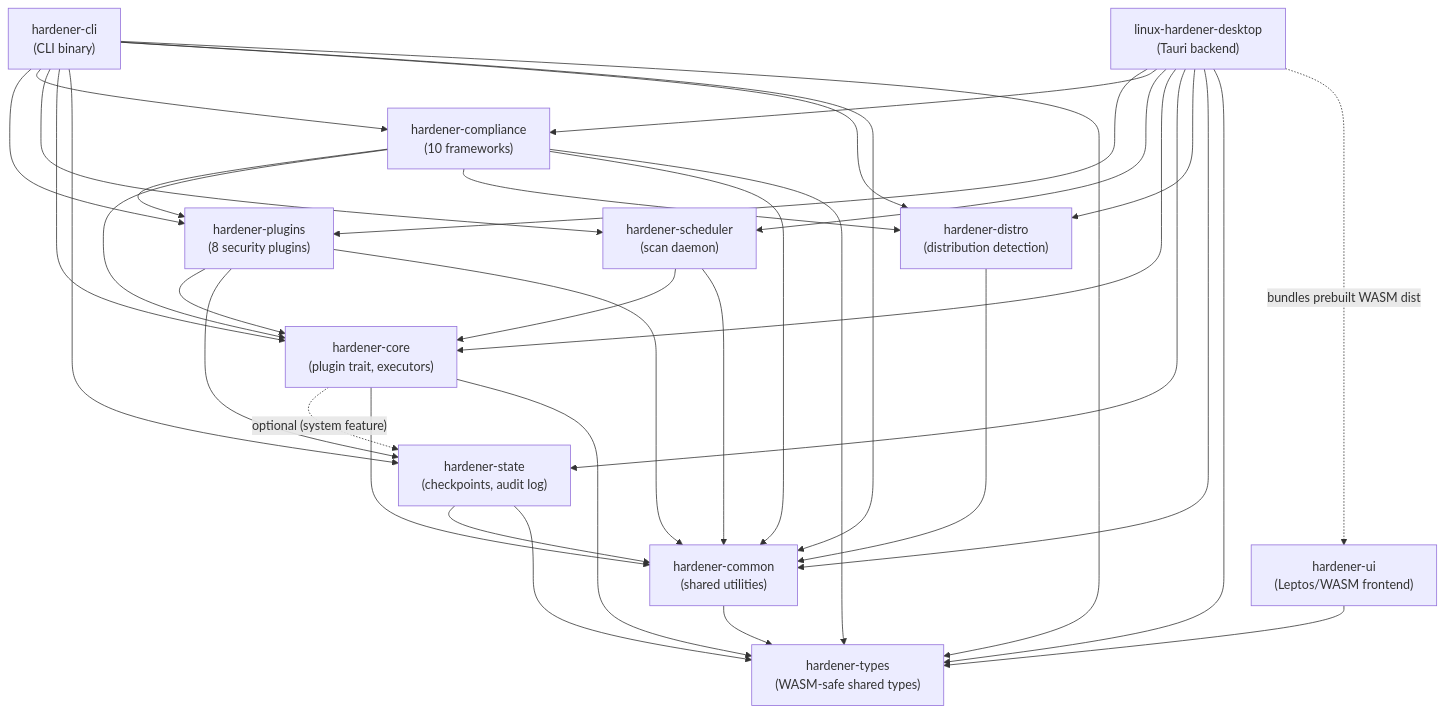
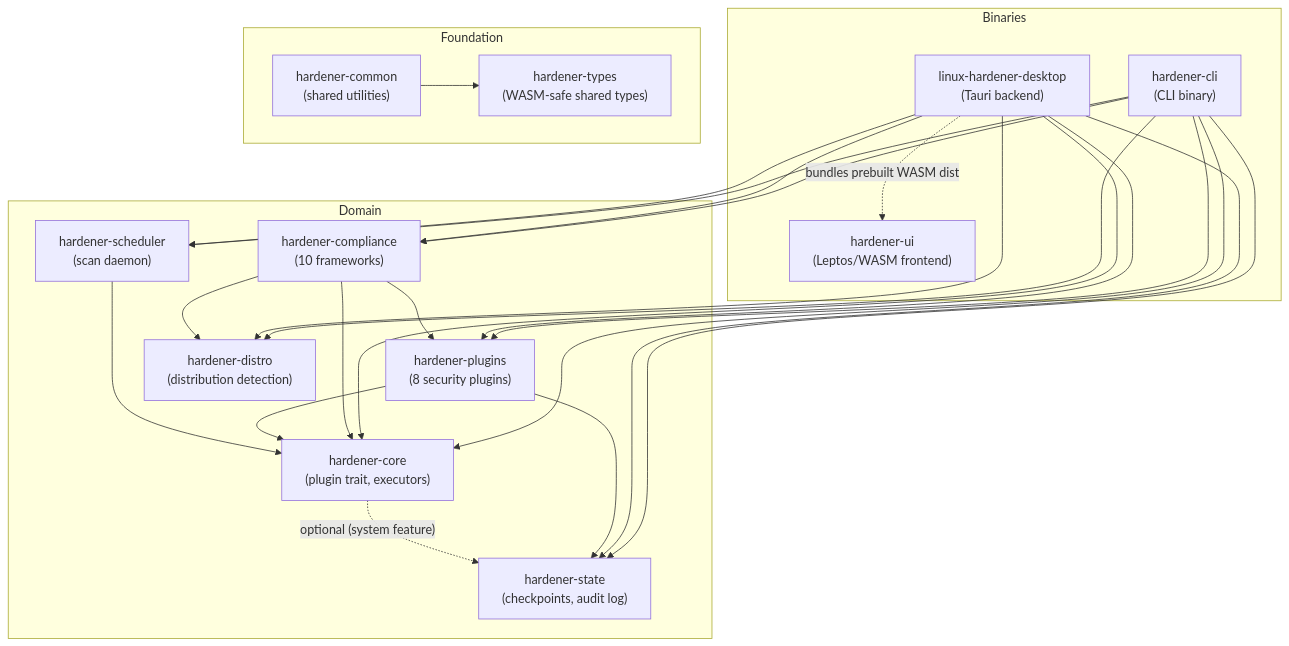
Before and after one commit to tidynest/linux-hardener: the diagram in README.md, drawn with Mermaid. The commit also changed other lines of this file and 137 other files, not shown here.

````diff
--- a/README.md
+++ b/README.md
@@ -159,27 +161,29 @@
 ```mermaid
 graph TD
-    CLI["hardener-cli<br>(CLI binary)"]
-    DESKTOP["linux-hardener-desktop<br>(Tauri backend)"]
-    UI["hardener-ui<br>(Leptos/WASM frontend)"]
-    PLUGINS["hardener-plugins<br>(8 security plugins)"]
-    COMPLIANCE["hardener-compliance<br>(10 frameworks)"]
-    SCHEDULER["hardener-scheduler<br>(scan daemon)"]
-    CORE["hardener-core<br>(plugin trait, executors)"]
-    STATE["hardener-state<br>(checkpoints, audit log)"]
-    DISTRO["hardener-distro<br>(distribution detection)"]
-    COMMON["hardener-common<br>(shared utilities)"]
-    TYPES["hardener-types<br>(WASM-safe shared types)"]
+    subgraph binaries [Binaries]
+        CLI["hardener-cli<br>(CLI binary)"]
+        DESKTOP["linux-hardener-desktop<br>(Tauri backend)"]
+        UI["hardener-ui<br>(Leptos/WASM frontend)"]
+    end
+    subgraph domain [Domain]
+        PLUGINS["hardener-plugins<br>(8 security plugins)"]
+        COMPLIANCE["hardener-compliance<br>(10 frameworks)"]
+        SCHEDULER["hardener-scheduler<br>(scan daemon)"]
+        CORE["hardener-core<br>(plugin trait, executors)"]
+        STATE["hardener-state<br>(checkpoints, audit log)"]
+        DISTRO["hardener-distro<br>(distribution detection)"]
+    end
+    subgraph foundation [Foundation]
+        COMMON["hardener-common<br>(shared utilities)"]
+        TYPES["hardener-types<br>(WASM-safe shared types)"]
+    end
 
-    CLI --> PLUGINS & COMPLIANCE & SCHEDULER & CORE & STATE & DISTRO & COMMON & TYPES
-    DESKTOP --> PLUGINS & COMPLIANCE & SCHEDULER & CORE & STATE & DISTRO & COMMON & TYPES
+    CLI --> PLUGINS & COMPLIANCE & SCHEDULER & CORE & STATE & DISTRO
+    DESKTOP --> PLUGINS & COMPLIANCE & SCHEDULER & CORE & STATE & DISTRO
+    COMPLIANCE --> PLUGINS & CORE & DISTRO
+    PLUGINS --> CORE & STATE
+    SCHEDULER --> CORE
+    CORE -. "optional (system feature)" .-> STATE
     DESKTOP -. "bundles prebuilt WASM dist" .-> UI
-    UI --> TYPES
-    COMPLIANCE --> PLUGINS & CORE & DISTRO & COMMON & TYPES
-    PLUGINS --> CORE & STATE & COMMON
-    SCHEDULER --> CORE & COMMON
-    CORE -. "optional (system feature)" .-> STATE
-    CORE --> COMMON & TYPES
-    STATE --> COMMON & TYPES
-    DISTRO --> COMMON
     COMMON --> TYPES
 ```
````
